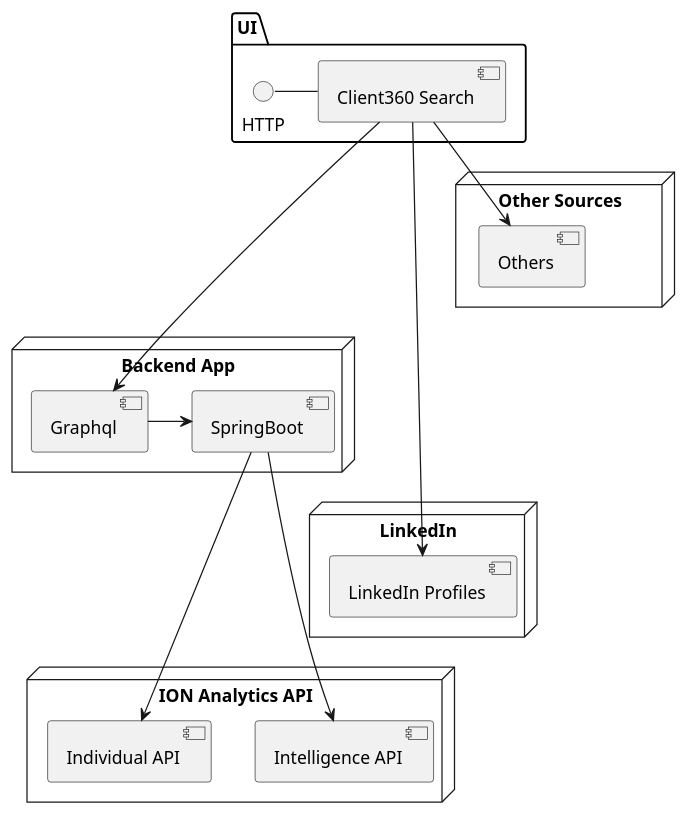
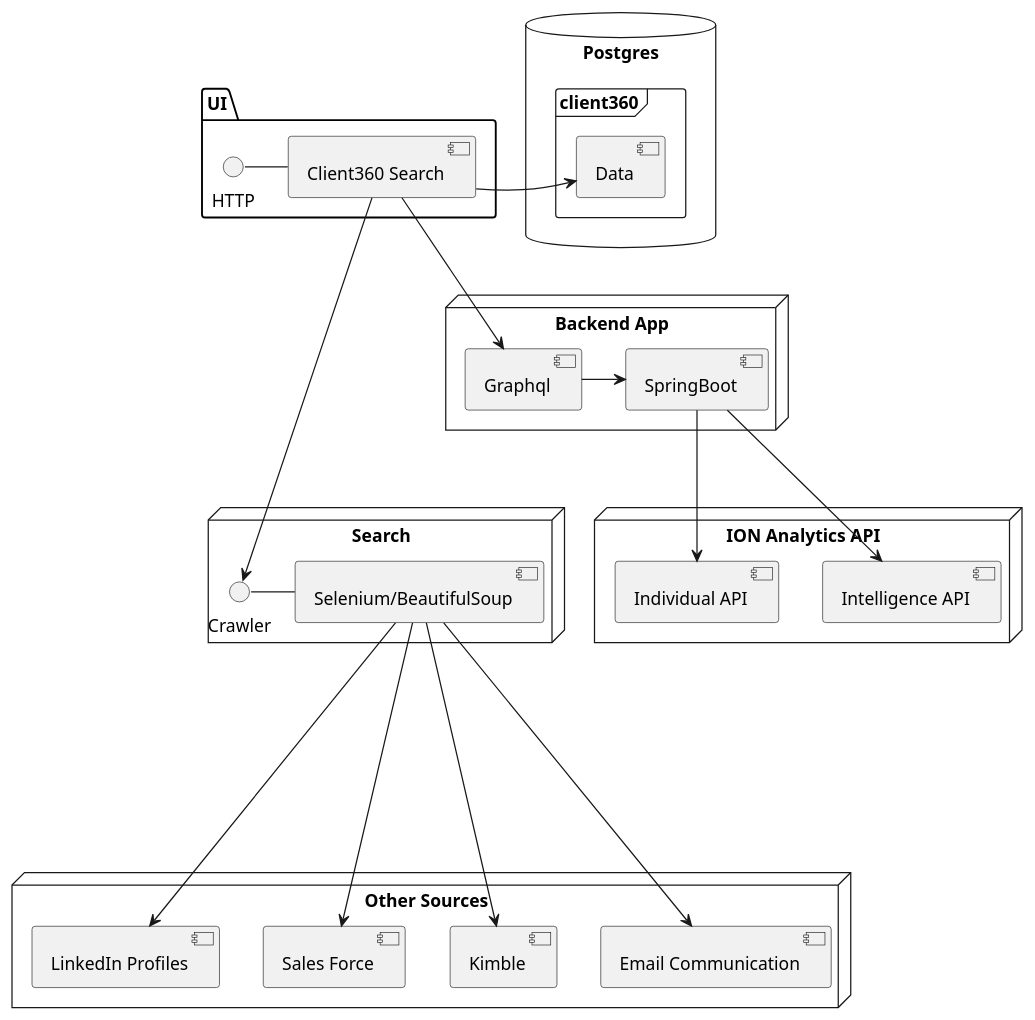
Before and after one commit to kunal-sharma-lab49/Club360: the diagram in Technical_Architect.puml, drawn with PlantUML.

Commit message:
updated architecture

```diff
--- a/Technical_Architect.puml
+++ b/Technical_Architect.puml
@@ -1,34 +1,48 @@
 @startuml
 'https://plantuml.com/component-diagram
 
 
 package "UI" {
   HTTP - [Client360 Search]
 }
 
 node "Backend App" {
    [Graphql]
    [SpringBoot]
 }
 
 node "ION Analytics API" {
   [Individual API]
   [Intelligence API]
 }
 
-node "LinkedIn" {
+
+node "Other Sources" {
   [LinkedIn Profiles]
+  [Sales Force]
+  [Kimble]
+  [Email Communication]
 }
 
-node "Other Sources" {
-  [Others]
+node "Search" {
+  Crawler - [Selenium/BeautifulSoup]
+  [Client360 Search] ----->Crawler
+}
+
+database "Postgres" {
+frame "client360" {
+    [Data]
+  }
 }
 
 
 [Client360 Search] ---> [Graphql]
 [Graphql] -> [SpringBoot]
 [SpringBoot] ---> [Intelligence API]
 [SpringBoot] ---> [Individual API]
-[Client360 Search] ----> [LinkedIn Profiles]
-[Client360 Search] --> [Others]
+[Selenium/BeautifulSoup] -----> [LinkedIn Profiles]
+[Selenium/BeautifulSoup] -----> [Sales Force]
+[Selenium/BeautifulSoup] -----> [Kimble]
+[Selenium/BeautifulSoup] -----> [Email Communication]
+[Client360 Search] -> [Data]
 @enduml
```
